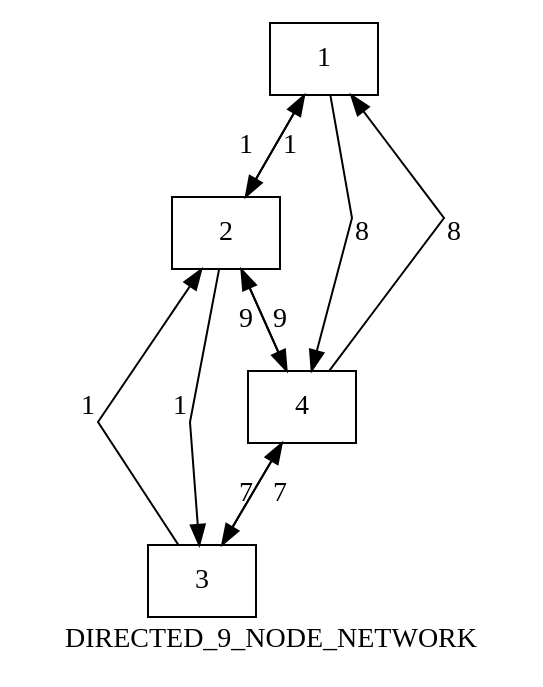
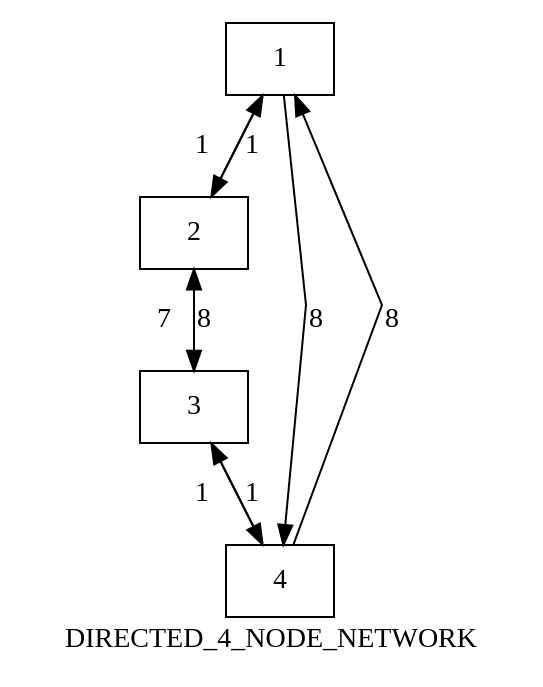
One commit to bschutze/ALTO-framework-sim changed the diagram in DI_4N.dot. Above: the diagram before and after it, drawn with Graphviz. The commit also changed 2 other files, not shown here.

```diff
--- a/DI_4N.dot
+++ b/DI_4N.dot
@@ -1,23 +1,21 @@
 digraph Test {
 
 	/*compound=true*/
 	node [shape=box];
 	edge [len=2];
 	/*Instantiation of nodes, required to successfully calling .get_node_list() 		(pydot) */
 	1[]; 2[]; 3[]; 4[];
 	overlap = scale;
 	splines = false;
-	label = DIRECTED_9_NODE_NETWORK;
+	label = DIRECTED_4_NODE_NETWORK;
 	//orientation = portrait;
 
 	1 -> 2	[label=1,throughput=16,latency=4,delay=3,bandwidth = 10];
 	1 -> 4	[label=8,throughput=16,latency=4,delay=3,bandwidth = 10];
 	2 -> 1	[label=1,throughput=12,latency=3,delay=2,bandwidth = 20];
-	2 -> 3	[label=1,throughput=12,latency=3,delay=2,bandwidth = 20];
-	2 -> 4	[label=9,throughput=10,latency=2,delay=4,bandwidth = 20];
-	3 -> 2	[label=1,throughput=10,latency=2,delay=4,bandwidth = 20];
-	3 -> 4	[label=7,throughput=9,latency=5,delay=1,bandwidth = 20];
-	4 -> 1	[label=8,throughput=9,latency=5,delay=1,bandwidth = 20];
-	4 -> 2	[label=9,throughput=11,latency=6,delay=2,bandwidth = 20];
-	4 -> 3	[label=7,throughput=11,latency=6,delay=2,bandwidth = 20];
+	2 -> 3	[label=7,throughput=12,latency=3,delay=2,bandwidth = 20];
+	3 -> 2	[label=8,throughput=10,latency=2,delay=4,bandwidth = 20];
+	3 -> 4	[label=1,throughput=9,latency=5,delay=1,bandwidth = 20];
+	4 -> 3	[label=1,throughput=9,latency=5,delay=1,bandwidth = 20];
+	4 -> 1	[label=8,throughput=11,latency=6,delay=2,bandwidth = 20];
 }
```
